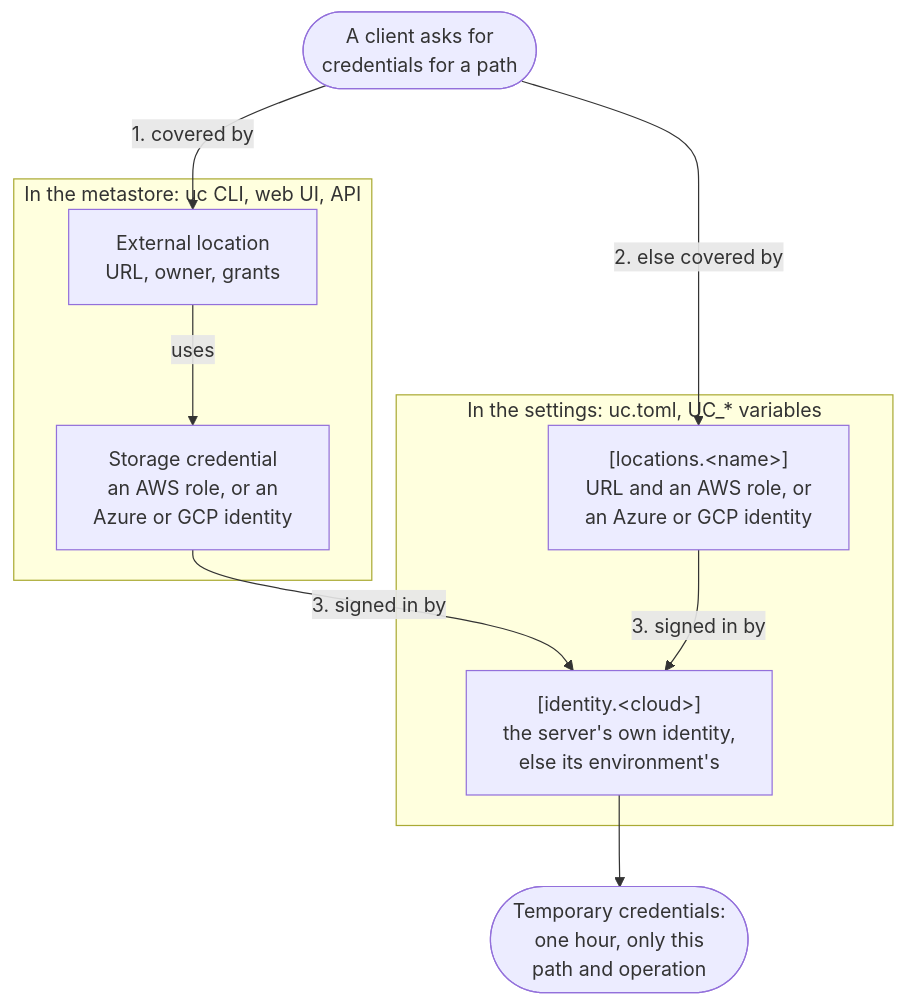
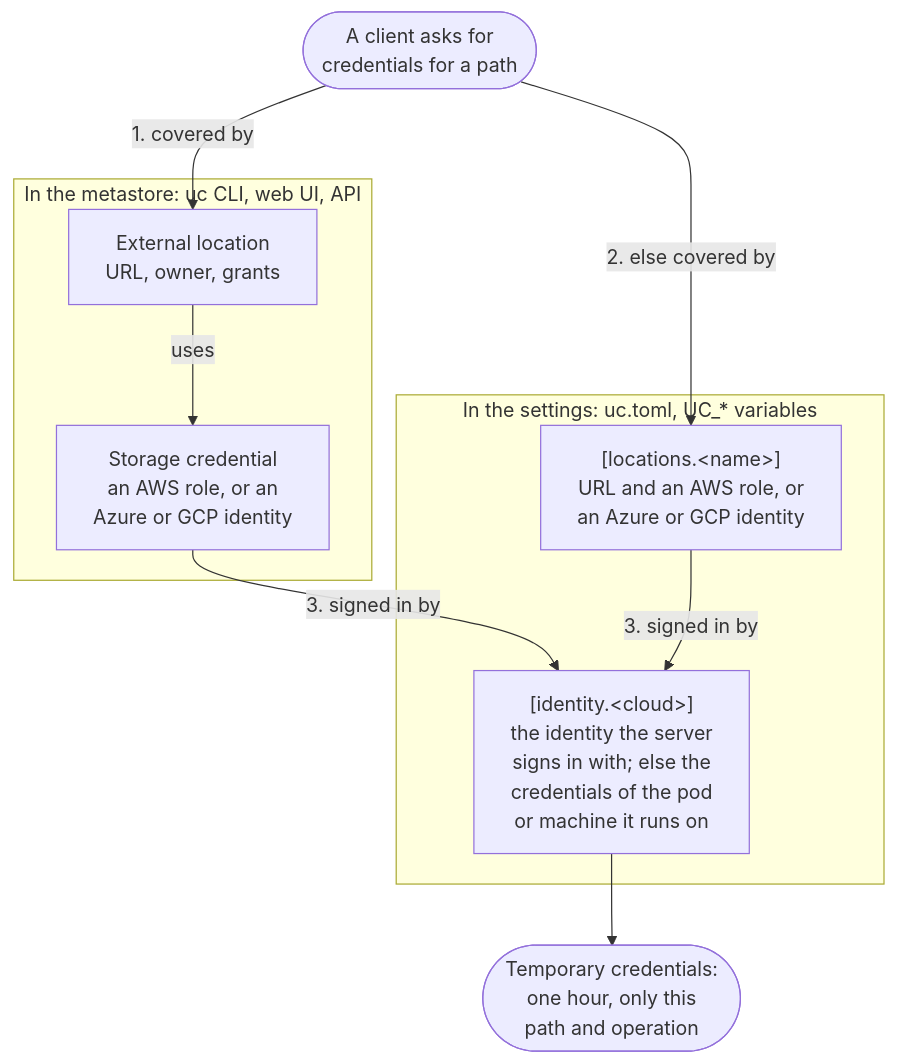
The diagram in docs/reference/settings.md (ion-elgreco/unitycatalog-rs), drawn with Mermaid before and after one commit. The commit also changed other lines of this file and 2 other files, not shown here.

First line of the commit message:
docs: say what the server's identity is, and what it uses without one

````diff
--- a/docs/reference/settings.md
+++ b/docs/reference/settings.md
@@ -67,19 +67,19 @@
 ```mermaid
 flowchart TD
     path(["A client asks for<br/>credentials for a path"])
     subgraph metastore["In the metastore: uc CLI, web UI, API"]
         external["External location<br/>URL, owner, grants"]
         credential["Storage credential<br/>an AWS role, or an<br/>Azure or GCP identity"]
         external -- uses --> credential
     end
     subgraph settings["In the settings: uc.toml, UC_* variables"]
         location["#91;locations.#lt;name#gt;#93;<br/>URL and an AWS role, or<br/>an Azure or GCP identity"]
-        identity["#91;identity.#lt;cloud#gt;#93;<br/>the server's own identity,<br/>else its environment's"]
+        identity["#91;identity.#lt;cloud#gt;#93;<br/>the identity the server<br/>signs in with; else the<br/>credentials of the pod<br/>or machine it runs on"]
     end
     temporary(["Temporary credentials:<br/>one hour, only this<br/>path and operation"])
     path -- "1. covered by" --> external
     path -- "2. else covered by" --> location
     credential -- "3. signed in by" --> identity
     location -- "3. signed in by" --> identity
     identity --> temporary
 ```
````
